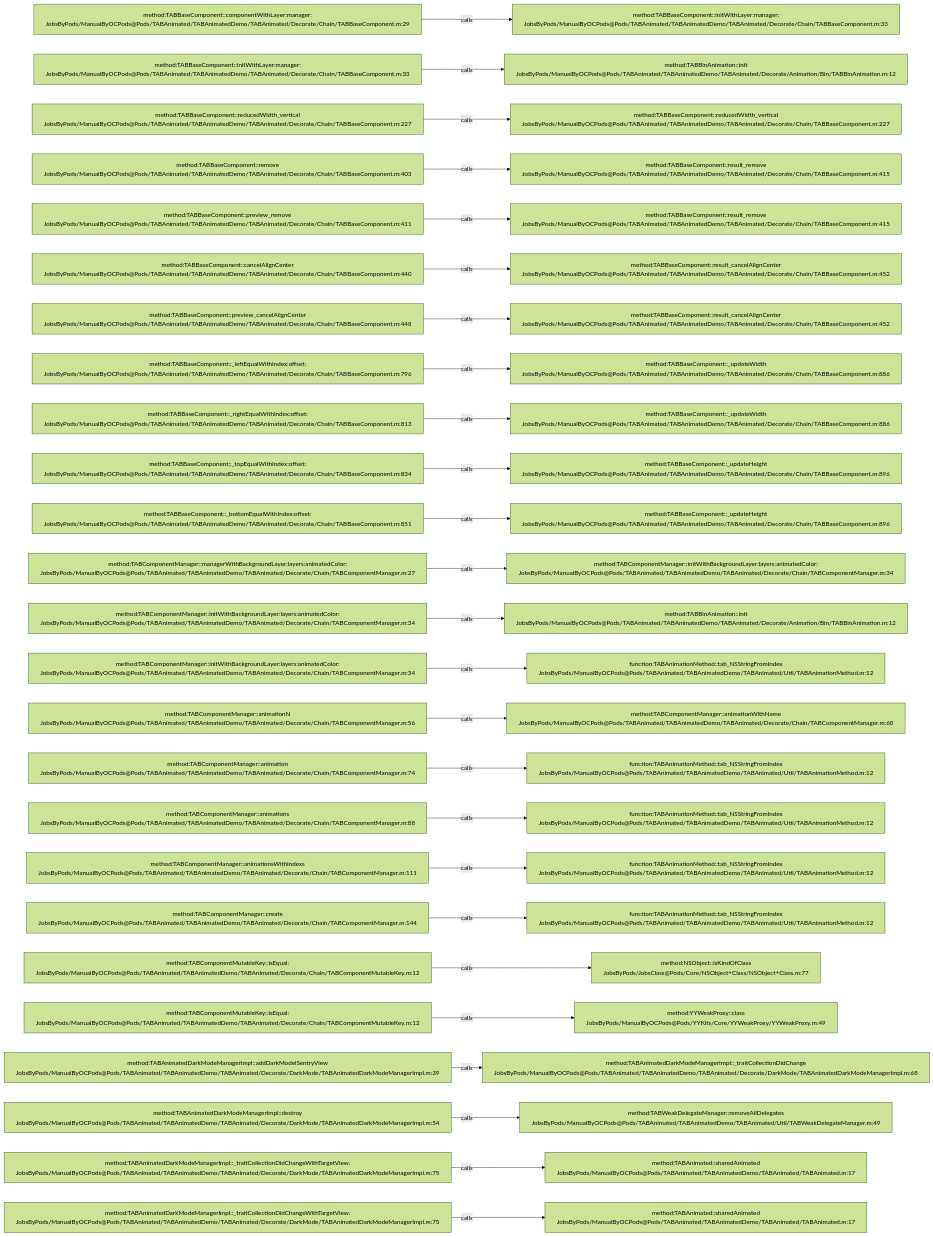
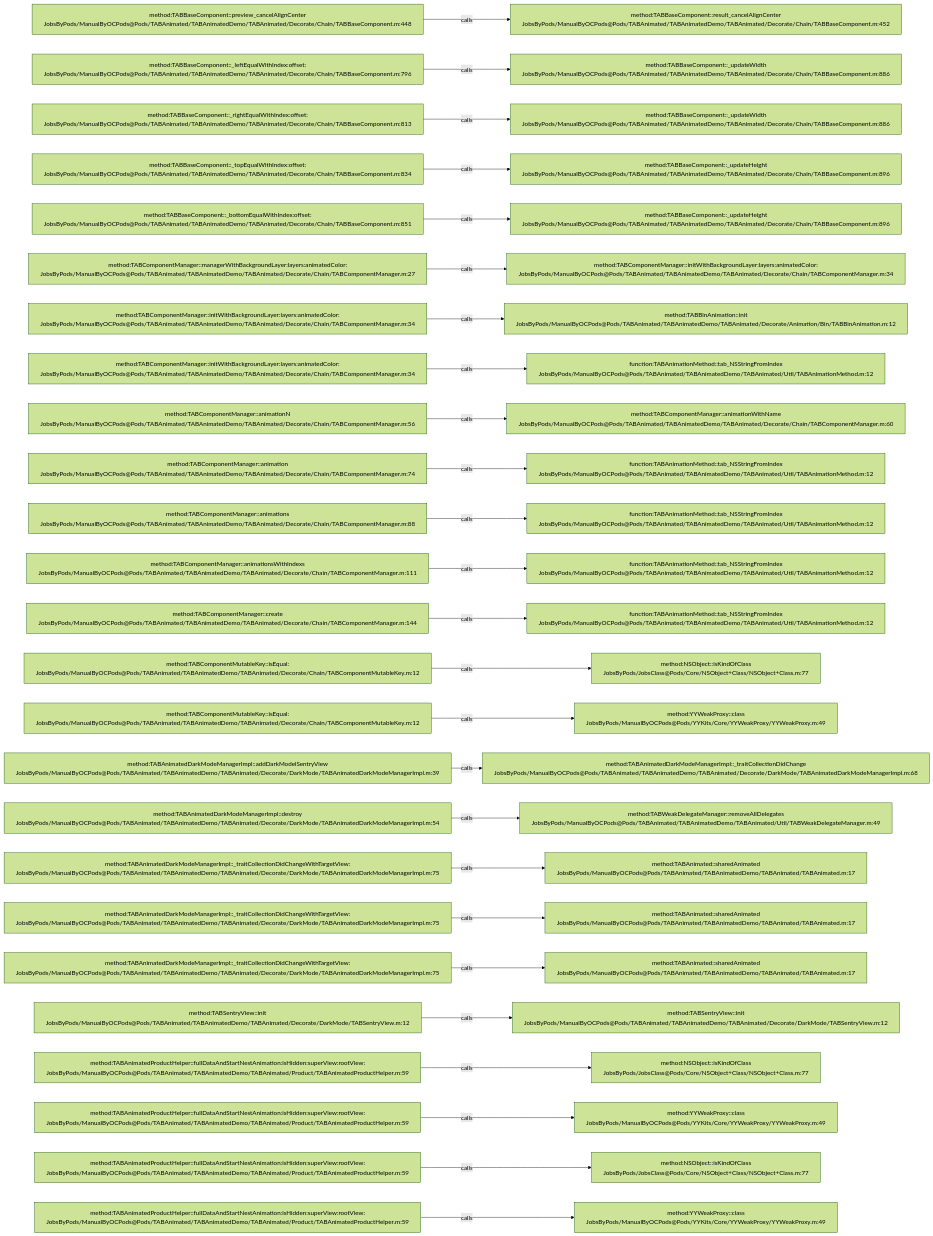
One commit to JobsKits/JobsOCBaseConfigDemo changed the diagram in .codegraph/codegraph.md/graphs/calls-024.md. Above: the diagram before and after it, drawn with Mermaid (forest theme). The commit also changed 666 other files, not shown here.

````diff
--- a/.codegraph/codegraph.md/graphs/calls-024.md
+++ b/.codegraph/codegraph.md/graphs/calls-024.md
@@ -13,78 +13,78 @@
 ```mermaid
 flowchart LR
-  S1["method:TABBaseComponent::componentWithLayer:manager:<br/>JobsByPods/ManualByOCPods@Pods/TABAnimated/TABAnimatedDemo/TABAnimated/Decorate/Chain/TABBaseComponent.m:29"]
-  T1["method:TABBaseComponent::initWithLayer:manager:<br/>JobsByPods/ManualByOCPods@Pods/TABAnimated/TABAnimatedDemo/TABAnimated/Decorate/Chain/TABBaseComponent.m:33"]
+  S1["method:TABBaseComponent::preview_cancelAlignCenter<br/>JobsByPods/ManualByOCPods@Pods/TABAnimated/TABAnimatedDemo/TABAnimated/Decorate/Chain/TABBaseComponent.m:448"]
+  T1["method:TABBaseComponent::result_cancelAlignCenter<br/>JobsByPods/ManualByOCPods@Pods/TABAnimated/TABAnimatedDemo/TABAnimated/Decorate/Chain/TABBaseComponent.m:452"]
   S1 -->|calls| T1
-  S2["method:TABBaseComponent::initWithLayer:manager:<br/>JobsByPods/ManualByOCPods@Pods/TABAnimated/TABAnimatedDemo/TABAnimated/Decorate/Chain/TABBaseComponent.m:33"]
-  T2["method:TABBinAnimation::init<br/>JobsByPods/ManualByOCPods@Pods/TABAnimated/TABAnimatedDemo/TABAnimated/Decorate/Animation/Bin/TABBinAnimation.m:12"]
+  S2["method:TABBaseComponent::_leftEqualWithIndex:offset:<br/>JobsByPods/ManualByOCPods@Pods/TABAnimated/TABAnimatedDemo/TABAnimated/Decorate/Chain/TABBaseComponent.m:796"]
+  T2["method:TABBaseComponent::_updateWidth<br/>JobsByPods/ManualByOCPods@Pods/TABAnimated/TABAnimatedDemo/TABAnimated/Decorate/Chain/TABBaseComponent.m:886"]
   S2 -->|calls| T2
-  S3["method:TABBaseComponent::reducedWidth_vertical<br/>JobsByPods/ManualByOCPods@Pods/TABAnimated/TABAnimatedDemo/TABAnimated/Decorate/Chain/TABBaseComponent.m:227"]
-  T3["method:TABBaseComponent::reducedWidth_vertical<br/>JobsByPods/ManualByOCPods@Pods/TABAnimated/TABAnimatedDemo/TABAnimated/Decorate/Chain/TABBaseComponent.m:227"]
+  S3["method:TABBaseComponent::_rightEqualWithIndex:offset:<br/>JobsByPods/ManualByOCPods@Pods/TABAnimated/TABAnimatedDemo/TABAnimated/Decorate/Chain/TABBaseComponent.m:813"]
+  T3["method:TABBaseComponent::_updateWidth<br/>JobsByPods/ManualByOCPods@Pods/TABAnimated/TABAnimatedDemo/TABAnimated/Decorate/Chain/TABBaseComponent.m:886"]
   S3 -->|calls| T3
-  S4["method:TABBaseComponent::remove<br/>JobsByPods/ManualByOCPods@Pods/TABAnimated/TABAnimatedDemo/TABAnimated/Decorate/Chain/TABBaseComponent.m:403"]
-  T4["method:TABBaseComponent::result_remove<br/>JobsByPods/ManualByOCPods@Pods/TABAnimated/TABAnimatedDemo/TABAnimated/Decorate/Chain/TABBaseComponent.m:415"]
+  S4["method:TABBaseComponent::_topEqualWithIndex:offset:<br/>JobsByPods/ManualByOCPods@Pods/TABAnimated/TABAnimatedDemo/TABAnimated/Decorate/Chain/TABBaseComponent.m:834"]
+  T4["method:TABBaseComponent::_updateHeight<br/>JobsByPods/ManualByOCPods@Pods/TABAnimated/TABAnimatedDemo/TABAnimated/Decorate/Chain/TABBaseComponent.m:896"]
   S4 -->|calls| T4
-  S5["method:TABBaseComponent::preview_remove<br/>JobsByPods/ManualByOCPods@Pods/TABAnimated/TABAnimatedDemo/TABAnimated/Decorate/Chain/TABBaseComponent.m:411"]
-  T5["method:TABBaseComponent::result_remove<br/>JobsByPods/ManualByOCPods@Pods/TABAnimated/TABAnimatedDemo/TABAnimated/Decorate/Chain/TABBaseComponent.m:415"]
+  S5["method:TABBaseComponent::_bottomEqualWithIndex:offset:<br/>JobsByPods/ManualByOCPods@Pods/TABAnimated/TABAnimatedDemo/TABAnimated/Decorate/Chain/TABBaseComponent.m:851"]
+  T5["method:TABBaseComponent::_updateHeight<br/>JobsByPods/ManualByOCPods@Pods/TABAnimated/TABAnimatedDemo/TABAnimated/Decorate/Chain/TABBaseComponent.m:896"]
   S5 -->|calls| T5
-  S6["method:TABBaseComponent::cancelAlignCenter<br/>JobsByPods/ManualByOCPods@Pods/TABAnimated/TABAnimatedDemo/TABAnimated/Decorate/Chain/TABBaseComponent.m:440"]
-  T6["method:TABBaseComponent::result_cancelAlignCenter<br/>JobsByPods/ManualByOCPods@Pods/TABAnimated/TABAnimatedDemo/TABAnimated/Decorate/Chain/TABBaseComponent.m:452"]
+  S6["method:TABComponentManager::managerWithBackgroundLayer:layers:animatedColor:<br/>JobsByPods/ManualByOCPods@Pods/TABAnimated/TABAnimatedDemo/TABAnimated/Decorate/Chain/TABComponentManager.m:27"]
+  T6["method:TABComponentManager::initWithBackgroundLayer:layers:animatedColor:<br/>JobsByPods/ManualByOCPods@Pods/TABAnimated/TABAnimatedDemo/TABAnimated/Decorate/Chain/TABComponentManager.m:34"]
   S6 -->|calls| T6
-  S7["method:TABBaseComponent::preview_cancelAlignCenter<br/>JobsByPods/ManualByOCPods@Pods/TABAnimated/TABAnimatedDemo/TABAnimated/Decorate/Chain/TABBaseComponent.m:448"]
-  T7["method:TABBaseComponent::result_cancelAlignCenter<br/>JobsByPods/ManualByOCPods@Pods/TABAnimated/TABAnimatedDemo/TABAnimated/Decorate/Chain/TABBaseComponent.m:452"]
+  S7["method:TABComponentManager::initWithBackgroundLayer:layers:animatedColor:<br/>JobsByPods/ManualByOCPods@Pods/TABAnimated/TABAnimatedDemo/TABAnimated/Decorate/Chain/TABComponentManager.m:34"]
+  T7["method:TABBinAnimation::init<br/>JobsByPods/ManualByOCPods@Pods/TABAnimated/TABAnimatedDemo/TABAnimated/Decorate/Animation/Bin/TABBinAnimation.m:12"]
   S7 -->|calls| T7
-  S8["method:TABBaseComponent::_leftEqualWithIndex:offset:<br/>JobsByPods/ManualByOCPods@Pods/TABAnimated/TABAnimatedDemo/TABAnimated/Decorate/Chain/TABBaseComponent.m:796"]
-  T8["method:TABBaseComponent::_updateWidth<br/>JobsByPods/ManualByOCPods@Pods/TABAnimated/TABAnimatedDemo/TABAnimated/Decorate/Chain/TABBaseComponent.m:886"]
+  S8["method:TABComponentManager::initWithBackgroundLayer:layers:animatedColor:<br/>JobsByPods/ManualByOCPods@Pods/TABAnimated/TABAnimatedDemo/TABAnimated/Decorate/Chain/TABComponentManager.m:34"]
+  T8["function:TABAnimationMethod::tab_NSStringFromIndex<br/>JobsByPods/ManualByOCPods@Pods/TABAnimated/TABAnimatedDemo/TABAnimated/Util/TABAnimationMethod.m:12"]
   S8 -->|calls| T8
-  S9["method:TABBaseComponent::_rightEqualWithIndex:offset:<br/>JobsByPods/ManualByOCPods@Pods/TABAnimated/TABAnimatedDemo/TABAnimated/Decorate/Chain/TABBaseComponent.m:813"]
-  T9["method:TABBaseComponent::_updateWidth<br/>JobsByPods/ManualByOCPods@Pods/TABAnimated/TABAnimatedDemo/TABAnimated/Decorate/Chain/TABBaseComponent.m:886"]
+  S9["method:TABComponentManager::animationN<br/>JobsByPods/ManualByOCPods@Pods/TABAnimated/TABAnimatedDemo/TABAnimated/Decorate/Chain/TABComponentManager.m:56"]
+  T9["method:TABComponentManager::animationWithName<br/>JobsByPods/ManualByOCPods@Pods/TABAnimated/TABAnimatedDemo/TABAnimated/Decorate/Chain/TABComponentManager.m:60"]
   S9 -->|calls| T9
-  S10["method:TABBaseComponent::_topEqualWithIndex:offset:<br/>JobsByPods/ManualByOCPods@Pods/TABAnimated/TABAnimatedDemo/TABAnimated/Decorate/Chain/TABBaseComponent.m:834"]
-  T10["method:TABBaseComponent::_updateHeight<br/>JobsByPods/ManualByOCPods@Pods/TABAnimated/TABAnimatedDemo/TABAnimated/Decorate/Chain/TABBaseComponent.m:896"]
+  S10["method:TABComponentManager::animation<br/>JobsByPods/ManualByOCPods@Pods/TABAnimated/TABAnimatedDemo/TABAnimated/Decorate/Chain/TABComponentManager.m:74"]
+  T10["function:TABAnimationMethod::tab_NSStringFromIndex<br/>JobsByPods/ManualByOCPods@Pods/TABAnimated/TABAnimatedDemo/TABAnimated/Util/TABAnimationMethod.m:12"]
   S10 -->|calls| T10
-  S11["method:TABBaseComponent::_bottomEqualWithIndex:offset:<br/>JobsByPods/ManualByOCPods@Pods/TABAnimated/TABAnimatedDemo/TABAnimated/Decorate/Chain/TABBaseComponent.m:851"]
-  T11["method:TABBaseComponent::_updateHeight<br/>JobsByPods/ManualByOCPods@Pods/TABAnimated/TABAnimatedDemo/TABAnimated/Decorate/Chain/TABBaseComponent.m:896"]
+  S11["method:TABComponentManager::animations<br/>JobsByPods/ManualByOCPods@Pods/TABAnimated/TABAnimatedDemo/TABAnimated/Decorate/Chain/TABComponentManager.m:88"]
+  T11["function:TABAnimationMethod::tab_NSStringFromIndex<br/>JobsByPods/ManualByOCPods@Pods/TABAnimated/TABAnimatedDemo/TABAnimated/Util/TABAnimationMethod.m:12"]
   S11 -->|calls| T11
-  S12["method:TABComponentManager::managerWithBackgroundLayer:layers:animatedColor:<br/>JobsByPods/ManualByOCPods@Pods/TABAnimated/TABAnimatedDemo/TABAnimated/Decorate/Chain/TABComponentManager.m:27"]
-  T12["method:TABComponentManager::initWithBackgroundLayer:layers:animatedColor:<br/>JobsByPods/ManualByOCPods@Pods/TABAnimated/TABAnimatedDemo/TABAnimated/Decorate/Chain/TABComponentManager.m:34"]
+  S12["method:TABComponentManager::animationsWithIndexs<br/>JobsByPods/ManualByOCPods@Pods/TABAnimated/TABAnimatedDemo/TABAnimated/Decorate/Chain/TABComponentManager.m:111"]
+  T12["function:TABAnimationMethod::tab_NSStringFromIndex<br/>JobsByPods/ManualByOCPods@Pods/TABAnimated/TABAnimatedDemo/TABAnimated/Util/TABAnimationMethod.m:12"]
   S12 -->|calls| T12
-  S13["method:TABComponentManager::initWithBackgroundLayer:layers:animatedColor:<br/>JobsByPods/ManualByOCPods@Pods/TABAnimated/TABAnimatedDemo/TABAnimated/Decorate/Chain/TABComponentManager.m:34"]
-  T13["method:TABBinAnimation::init<br/>JobsByPods/ManualByOCPods@Pods/TABAnimated/TABAnimatedDemo/TABAnimated/Decorate/Animation/Bin/TABBinAnimation.m:12"]
+  S13["method:TABComponentManager::create<br/>JobsByPods/ManualByOCPods@Pods/TABAnimated/TABAnimatedDemo/TABAnimated/Decorate/Chain/TABComponentManager.m:144"]
+  T13["function:TABAnimationMethod::tab_NSStringFromIndex<br/>JobsByPods/ManualByOCPods@Pods/TABAnimated/TABAnimatedDemo/TABAnimated/Util/TABAnimationMethod.m:12"]
   S13 -->|calls| T13
-  S14["method:TABComponentManager::initWithBackgroundLayer:layers:animatedColor:<br/>JobsByPods/ManualByOCPods@Pods/TABAnimated/TABAnimatedDemo/TABAnimated/Decorate/Chain/TABComponentManager.m:34"]
-  T14["function:TABAnimationMethod::tab_NSStringFromIndex<br/>JobsByPods/ManualByOCPods@Pods/TABAnimated/TABAnimatedDemo/TABAnimated/Util/TABAnimationMethod.m:12"]
+  S14["method:TABComponentMutableKey::isEqual:<br/>JobsByPods/ManualByOCPods@Pods/TABAnimated/TABAnimatedDemo/TABAnimated/Decorate/Chain/TABComponentMutableKey.m:12"]
+  T14["method:NSObject::isKindOfClass<br/>JobsByPods/JobsClass@Pods/Core/NSObject+Class/NSObject+Class.m:77"]
   S14 -->|calls| T14
-  S15["method:TABComponentManager::animationN<br/>JobsByPods/ManualByOCPods@Pods/TABAnimated/TABAnimatedDemo/TABAnimated/Decorate/Chain/TABComponentManager.m:56"]
-  T15["method:TABComponentManager::animationWithName<br/>JobsByPods/ManualByOCPods@Pods/TABAnimated/TABAnimatedDemo/TABAnimated/Decorate/Chain/TABComponentManager.m:60"]
+  S15["method:TABComponentMutableKey::isEqual:<br/>JobsByPods/ManualByOCPods@Pods/TABAnimated/TABAnimatedDemo/TABAnimated/Decorate/Chain/TABComponentMutableKey.m:12"]
+  T15["method:YYWeakProxy::class<br/>JobsByPods/ManualByOCPods@Pods/YYKits/Core/YYWeakProxy/YYWeakProxy.m:49"]
   S15 -->|calls| T15
-  S16["method:TABComponentManager::animation<br/>JobsByPods/ManualByOCPods@Pods/TABAnimated/TABAnimatedDemo/TABAnimated/Decorate/Chain/TABComponentManager.m:74"]
-  T16["function:TABAnimationMethod::tab_NSStringFromIndex<br/>JobsByPods/ManualByOCPods@Pods/TABAnimated/TABAnimatedDemo/TABAnimated/Util/TABAnimationMethod.m:12"]
+  S16["method:TABAnimatedDarkModeManagerImpl::addDarkModelSentryView<br/>JobsByPods/ManualByOCPods@Pods/TABAnimated/TABAnimatedDemo/TABAnimated/Decorate/DarkMode/TABAnimatedDarkModeManagerImpl.m:39"]
+  T16["method:TABAnimatedDarkModeManagerImpl::_traitCollectionDidChange<br/>JobsByPods/ManualByOCPods@Pods/TABAnimated/TABAnimatedDemo/TABAnimated/Decorate/DarkMode/TABAnimatedDarkModeManagerImpl.m:68"]
   S16 -->|calls| T16
-  S17["method:TABComponentManager::animations<br/>JobsByPods/ManualByOCPods@Pods/TABAnimated/TABAnimatedDemo/TABAnimated/Decorate/Chain/TABComponentManager.m:88"]
-  T17["function:TABAnimationMethod::tab_NSStringFromIndex<br/>JobsByPods/ManualByOCPods@Pods/TABAnimated/TABAnimatedDemo/TABAnimated/Util/TABAnimationMethod.m:12"]
+  S17["method:TABAnimatedDarkModeManagerImpl::destroy<br/>JobsByPods/ManualByOCPods@Pods/TABAnimated/TABAnimatedDemo/TABAnimated/Decorate/DarkMode/TABAnimatedDarkModeManagerImpl.m:54"]
+  T17["method:TABWeakDelegateManager::removeAllDelegates<br/>JobsByPods/ManualByOCPods@Pods/TABAnimated/TABAnimatedDemo/TABAnimated/Util/TABWeakDelegateManager.m:49"]
   S17 -->|calls| T17
-  S18["method:TABComponentManager::animationsWithIndexs<br/>JobsByPods/ManualByOCPods@Pods/TABAnimated/TABAnimatedDemo/TABAnimated/Decorate/Chain/TABComponentManager.m:111"]
-  T18["function:TABAnimationMethod::tab_NSStringFromIndex<br/>JobsByPods/ManualByOCPods@Pods/TABAnimated/TABAnimatedDemo/TABAnimated/Util/TABAnimationMethod.m:12"]
+  S18["method:TABAnimatedDarkModeManagerImpl::_traitCollectionDidChangeWithTargetView:<br/>JobsByPods/ManualByOCPods@Pods/TABAnimated/TABAnimatedDemo/TABAnimated/Decorate/DarkMode/TABAnimatedDarkModeManagerImpl.m:75"]
+  T18["method:TABAnimated::sharedAnimated<br/>JobsByPods/ManualByOCPods@Pods/TABAnimated/TABAnimatedDemo/TABAnimated/TABAnimated.m:17"]
   S18 -->|calls| T18
-  S19["method:TABComponentManager::create<br/>JobsByPods/ManualByOCPods@Pods/TABAnimated/TABAnimatedDemo/TABAnimated/Decorate/Chain/TABComponentManager.m:144"]
-  T19["function:TABAnimationMethod::tab_NSStringFromIndex<br/>JobsByPods/ManualByOCPods@Pods/TABAnimated/TABAnimatedDemo/TABAnimated/Util/TABAnimationMethod.m:12"]
+  S19["method:TABAnimatedDarkModeManagerImpl::_traitCollectionDidChangeWithTargetView:<br/>JobsByPods/ManualByOCPods@Pods/TABAnimated/TABAnimatedDemo/TABAnimated/Decorate/DarkMode/TABAnimatedDarkModeManagerImpl.m:75"]
+  T19["method:TABAnimated::sharedAnimated<br/>JobsByPods/ManualByOCPods@Pods/TABAnimated/TABAnimatedDemo/TABAnimated/TABAnimated.m:17"]
   S19 -->|calls| T19
-  S20["method:TABComponentMutableKey::isEqual:<br/>JobsByPods/ManualByOCPods@Pods/TABAnimated/TABAnimatedDemo/TABAnimated/Decorate/Chain/TABComponentMutableKey.m:12"]
-  T20["method:NSObject::isKindOfClass<br/>JobsByPods/JobsClass@Pods/Core/NSObject+Class/NSObject+Class.m:77"]
+  S20["method:TABAnimatedDarkModeManagerImpl::_traitCollectionDidChangeWithTargetView:<br/>JobsByPods/ManualByOCPods@Pods/TABAnimated/TABAnimatedDemo/TABAnimated/Decorate/DarkMode/TABAnimatedDarkModeManagerImpl.m:75"]
+  T20["method:TABAnimated::sharedAnimated<br/>JobsByPods/ManualByOCPods@Pods/TABAnimated/TABAnimatedDemo/TABAnimated/TABAnimated.m:17"]
   S20 -->|calls| T20
-  S21["method:TABComponentMutableKey::isEqual:<br/>JobsByPods/ManualByOCPods@Pods/TABAnimated/TABAnimatedDemo/TABAnimated/Decorate/Chain/TABComponentMutableKey.m:12"]
-  T21["method:YYWeakProxy::class<br/>JobsByPods/ManualByOCPods@Pods/YYKits/Core/YYWeakProxy/YYWeakProxy.m:49"]
+  S21["method:TABSentryView::init<br/>JobsByPods/ManualByOCPods@Pods/TABAnimated/TABAnimatedDemo/TABAnimated/Decorate/DarkMode/TABSentryView.m:12"]
+  T21["method:TABSentryView::init<br/>JobsByPods/ManualByOCPods@Pods/TABAnimated/TABAnimatedDemo/TABAnimated/Decorate/DarkMode/TABSentryView.m:12"]
   S21 -->|calls| T21
-  S22["method:TABAnimatedDarkModeManagerImpl::addDarkModelSentryView<br/>JobsByPods/ManualByOCPods@Pods/TABAnimated/TABAnimatedDemo/TABAnimated/Decorate/DarkMode/TABAnimatedDarkModeManagerImpl.m:39"]
-  T22["method:TABAnimatedDarkModeManagerImpl::_traitCollectionDidChange<br/>JobsByPods/ManualByOCPods@Pods/TABAnimated/TABAnimatedDemo/TABAnimated/Decorate/DarkMode/TABAnimatedDarkModeManagerImpl.m:68"]
+  S22["method:TABAnimatedProductHelper::fullDataAndStartNestAnimation:isHidden:superView:rootView:<br/>JobsByPods/ManualByOCPods@Pods/TABAnimated/TABAnimatedDemo/TABAnimated/Product/TABAnimatedProductHelper.m:59"]
+  T22["method:NSObject::isKindOfClass<br/>JobsByPods/JobsClass@Pods/Core/NSObject+Class/NSObject+Class.m:77"]
   S22 -->|calls| T22
-  S23["method:TABAnimatedDarkModeManagerImpl::destroy<br/>JobsByPods/ManualByOCPods@Pods/TABAnimated/TABAnimatedDemo/TABAnimated/Decorate/DarkMode/TABAnimatedDarkModeManagerImpl.m:54"]
-  T23["method:TABWeakDelegateManager::removeAllDelegates<br/>JobsByPods/ManualByOCPods@Pods/TABAnimated/TABAnimatedDemo/TABAnimated/Util/TABWeakDelegateManager.m:49"]
+  S23["method:TABAnimatedProductHelper::fullDataAndStartNestAnimation:isHidden:superView:rootView:<br/>JobsByPods/ManualByOCPods@Pods/TABAnimated/TABAnimatedDemo/TABAnimated/Product/TABAnimatedProductHelper.m:59"]
+  T23["method:YYWeakProxy::class<br/>JobsByPods/ManualByOCPods@Pods/YYKits/Core/YYWeakProxy/YYWeakProxy.m:49"]
   S23 -->|calls| T23
-  S24["method:TABAnimatedDarkModeManagerImpl::_traitCollectionDidChangeWithTargetView:<br/>JobsByPods/ManualByOCPods@Pods/TABAnimated/TABAnimatedDemo/TABAnimated/Decorate/DarkMode/TABAnimatedDarkModeManagerImpl.m:75"]
-  T24["method:TABAnimated::sharedAnimated<br/>JobsByPods/ManualByOCPods@Pods/TABAnimated/TABAnimatedDemo/TABAnimated/TABAnimated.m:17"]
+  S24["method:TABAnimatedProductHelper::fullDataAndStartNestAnimation:isHidden:superView:rootView:<br/>JobsByPods/ManualByOCPods@Pods/TABAnimated/TABAnimatedDemo/TABAnimated/Product/TABAnimatedProductHelper.m:59"]
+  T24["method:NSObject::isKindOfClass<br/>JobsByPods/JobsClass@Pods/Core/NSObject+Class/NSObject+Class.m:77"]
   S24 -->|calls| T24
-  S25["method:TABAnimatedDarkModeManagerImpl::_traitCollectionDidChangeWithTargetView:<br/>JobsByPods/ManualByOCPods@Pods/TABAnimated/TABAnimatedDemo/TABAnimated/Decorate/DarkMode/TABAnimatedDarkModeManagerImpl.m:75"]
-  T25["method:TABAnimated::sharedAnimated<br/>JobsByPods/ManualByOCPods@Pods/TABAnimated/TABAnimatedDemo/TABAnimated/TABAnimated.m:17"]
+  S25["method:TABAnimatedProductHelper::fullDataAndStartNestAnimation:isHidden:superView:rootView:<br/>JobsByPods/ManualByOCPods@Pods/TABAnimated/TABAnimatedDemo/TABAnimated/Product/TABAnimatedProductHelper.m:59"]
+  T25["method:YYWeakProxy::class<br/>JobsByPods/ManualByOCPods@Pods/YYKits/Core/YYWeakProxy/YYWeakProxy.m:49"]
   S25 -->|calls| T25
 ```
````
